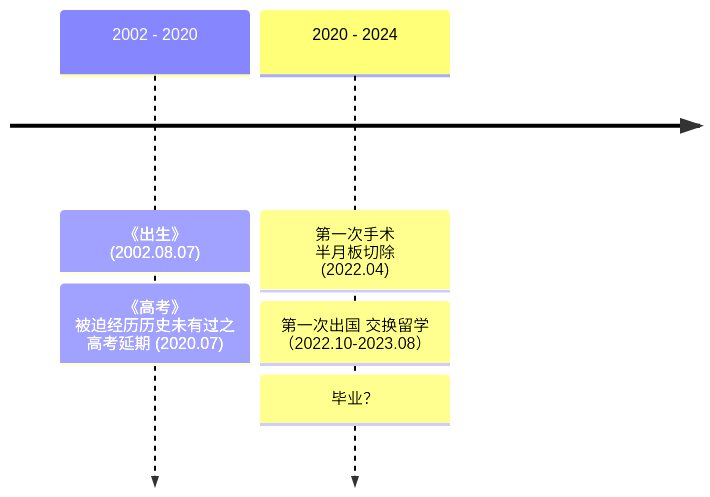
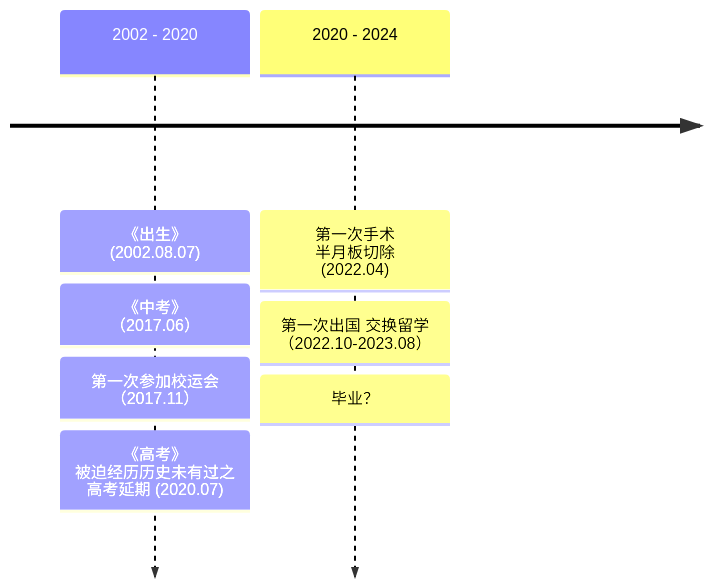
The diagram in content.zh/docs/aboutme.md (banligo/mysite), drawn with Mermaid before and after one commit. The commit also changed other lines of this file and 10 other files, not shown here.

```diff
--- a/content.zh/docs/aboutme.md
+++ b/content.zh/docs/aboutme.md
@@ -105,10 +117,12 @@
 {{< mermaid >}}
 
 %%{init: { 'logLevel': 'debug', 'theme': 'default' } }%%
     timeline
           2002 - 2020 : 《出生》 (2002.08.07)
+                    : 《中考》 （2017.06）
+                    : 第一次参加校运会 （2017.11）
                     : 《高考》 被迫经历历史未有过之 高考延期  (2020.07)
           2020 - 2024 : 第一次手术 半月板切除 (2022.04)
                     : 第一次出国 交换留学  （2022.10-2023.08）
                     : 毕业？
 {{< /mermaid >}}
```
